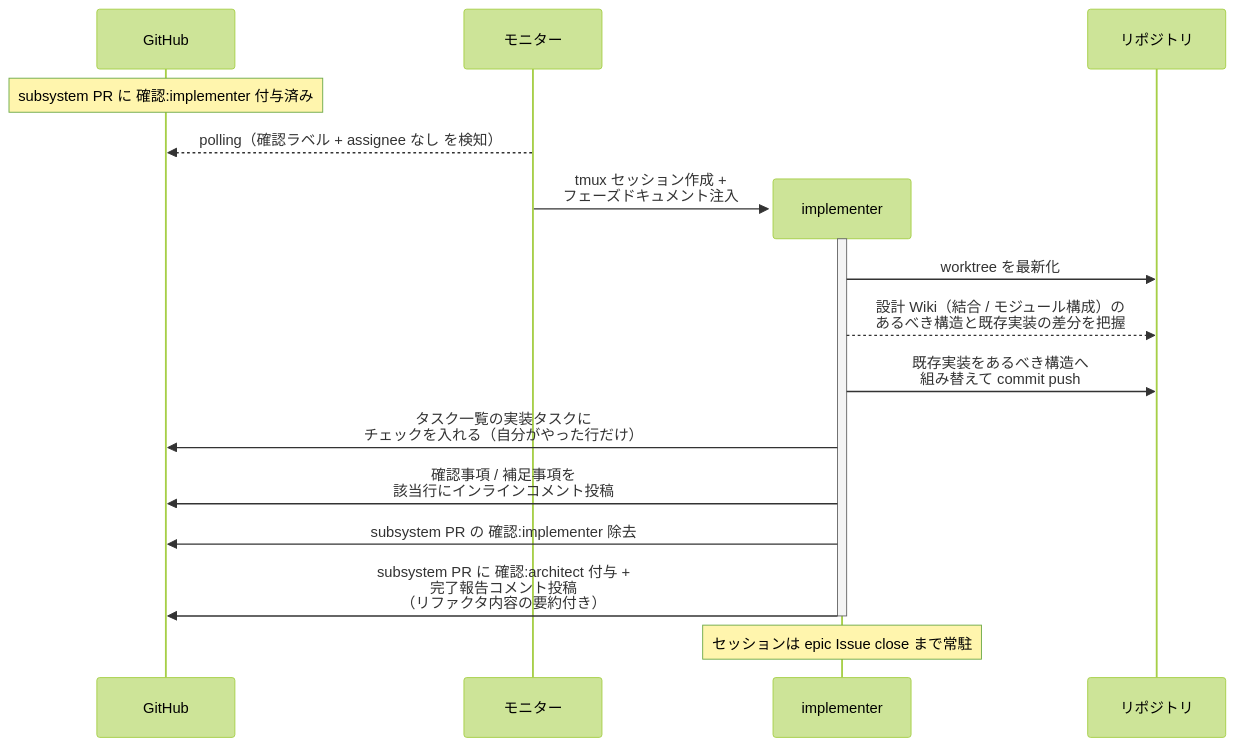
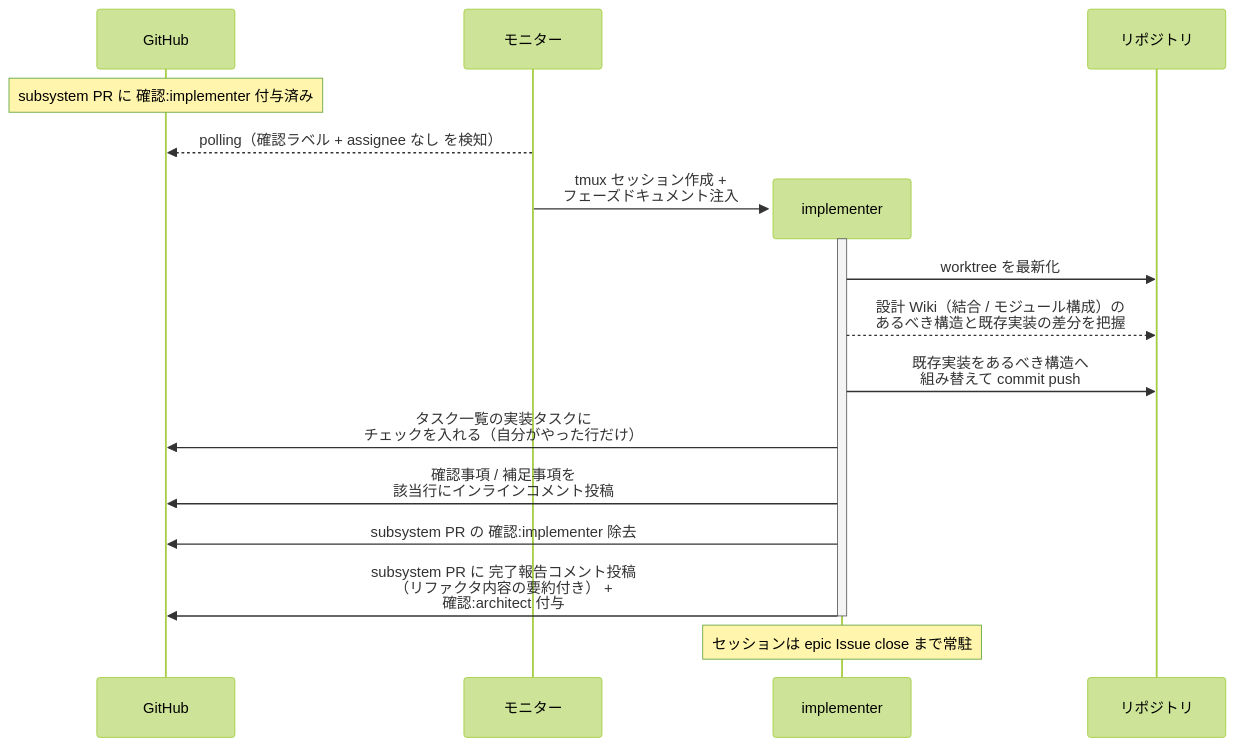
The second of 3 diagrams in docs/wiki/設計図/シナリオ/単一ユースケース/実装.md (shuhei1101/ai-monitor), drawn with Mermaid (forest theme) before and after one commit. The commit also changed other lines of this file and 29 other files, not shown here.

````diff
--- a/docs/wiki/設計図/シナリオ/単一ユースケース/実装.md
+++ b/docs/wiki/設計図/シナリオ/単一ユースケース/実装.md
@@ -75,21 +75,21 @@
 ```mermaid
 sequenceDiagram
   participant GH as GitHub
   participant ORC as モニター
 
   Note over GH: subsystem PR に 確認:implementer 付与済み
   ORC-->>GH: polling（確認ラベル + assignee なし を検知）
   create participant MON as implementer
   ORC->>MON: tmux セッション作成 +<br>フェーズドキュメント注入
   participant REPO as リポジトリ
   activate MON
   MON->>REPO: worktree を最新化
   MON-->>REPO: 設計 Wiki（結合 / モジュール構成）の<br>あるべき構造と既存実装の差分を把握
   MON->>REPO: 既存実装をあるべき構造へ<br>組み替えて commit push
   MON->>GH: タスク一覧の実装タスクに<br>チェックを入れる（自分がやった行だけ）
   MON->>GH: 確認事項 / 補足事項を<br>該当行にインラインコメント投稿
   MON->>GH: subsystem PR の 確認:implementer 除去
-  MON->>GH: subsystem PR に 確認:architect 付与 +<br>完了報告コメント投稿<br>（リファクタ内容の要約付き）
+  MON->>GH: subsystem PR に 完了報告コメント投稿<br>（リファクタ内容の要約付き） +<br>確認:architect 付与
   deactivate MON
   Note over MON: セッションは epic Issue close まで常駐
 ```
````
